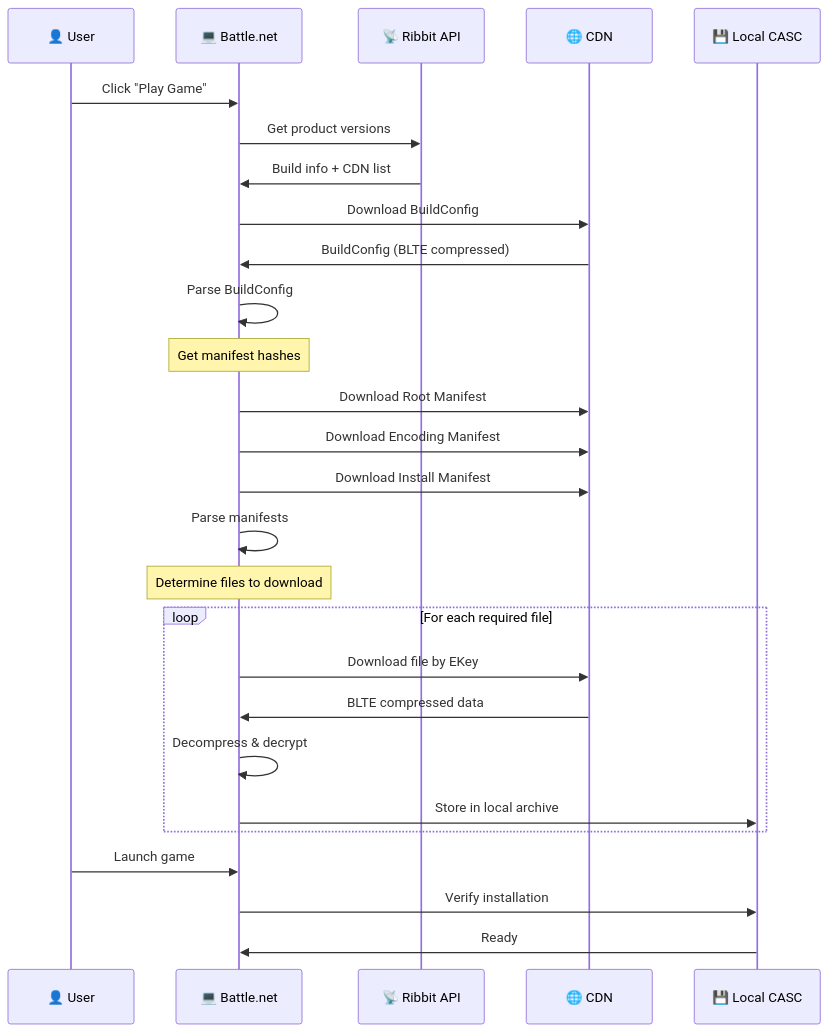
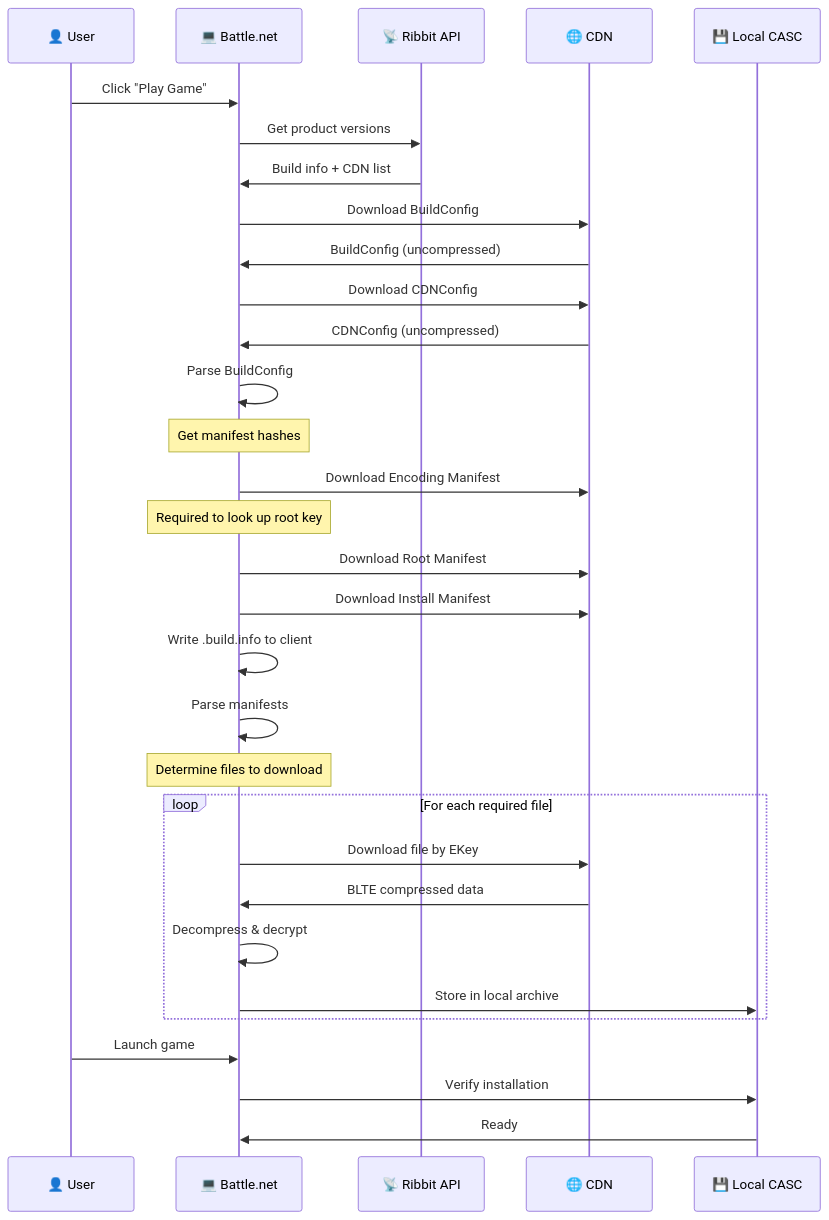
The sixth of 13 diagrams in docs/NGDP Summary.md (wowemulation-dev/cascette-rs), drawn with Mermaid before and after one commit. The commit also changed other lines of this file and 52 other files, not shown here.

````diff
--- a/docs/NGDP Summary.md
+++ b/docs/NGDP Summary.md
@@ -187,36 +190,42 @@
 ```mermaid
 sequenceDiagram
     participant User as 👤 User
     participant BNet as 💻 Battle.net
     participant Ribbit as 📡 Ribbit API
     participant CDN as 🌐 CDN
     participant CASC as 💾 Local CASC
-    
+
     User->>BNet: Click "Play Game"
     BNet->>Ribbit: Get product versions
     Ribbit->>BNet: Build info + CDN list
-    
+
     BNet->>CDN: Download BuildConfig
-    CDN->>BNet: BuildConfig (BLTE compressed)
-    
+    CDN->>BNet: BuildConfig (uncompressed)
+
+    BNet->>CDN: Download CDNConfig
+    CDN->>BNet: CDNConfig (uncompressed)
+
     BNet->>BNet: Parse BuildConfig
     Note over BNet: Get manifest hashes
-    
+
+    BNet->>CDN: Download Encoding Manifest
+    Note over BNet: Required to look up root key
     BNet->>CDN: Download Root Manifest
-    BNet->>CDN: Download Encoding Manifest
     BNet->>CDN: Download Install Manifest
-    
+
+    BNet->>BNet: Write .build.info to client
+
     BNet->>BNet: Parse manifests
     Note over BNet: Determine files to download
-    
+
     loop For each required file
         BNet->>CDN: Download file by EKey
         CDN->>BNet: BLTE compressed data
         BNet->>BNet: Decompress & decrypt
         BNet->>CASC: Store in local archive
     end
-    
+
     User->>BNet: Launch game
     BNet->>CASC: Verify installation
     CASC->>BNet: Ready
 ```
````
